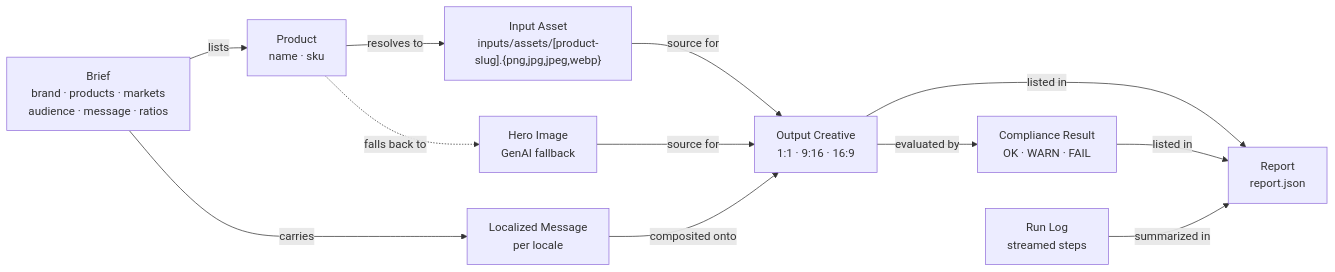
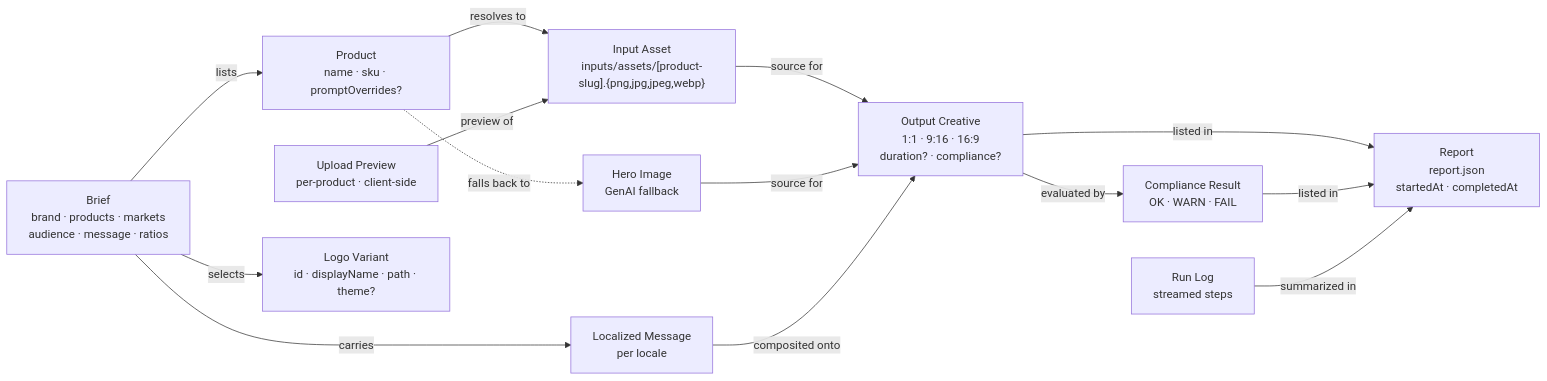
The first of 5 diagrams in docs/system-map.md (arndvs/cast), drawn with Mermaid before and after one commit. The commit also changed other lines of this file and 3 other files, not shown here.

````diff
--- a/docs/system-map.md
+++ b/docs/system-map.md
@@ -11,24 +11,28 @@
 ```mermaid
 graph LR
     Brief["Brief<br/>brand · products · markets<br/>audience · message · ratios"]
-    Product["Product<br/>name · sku"]
+    Product["Product<br/>name · sku · promptOverrides?"]
     InputAsset["Input Asset<br/>inputs/assets/[product-slug].{png,jpg,jpeg,webp}"]
     HeroImage["Hero Image<br/>GenAI fallback"]
-    Creative["Output Creative<br/>1:1 · 9:16 · 16:9"]
+    Creative["Output Creative<br/>1:1 · 9:16 · 16:9<br/>duration? · compliance?"]
     Message["Localized Message<br/>per locale"]
     Compliance["Compliance Result<br/>OK · WARN · FAIL"]
     RunLog["Run Log<br/>streamed steps"]
-    Report["Report<br/>report.json"]
+    Report["Report<br/>report.json<br/>startedAt · completedAt"]
+    Upload["Upload Preview<br/>per-product · client-side"]
+    LogoVariant["Logo Variant<br/>id · displayName · path · theme?"]
 
     Brief -->|lists| Product
     Brief -->|carries| Message
+    Brief -->|selects| LogoVariant
     Product -->|resolves to| InputAsset
     Product -.->|falls back to| HeroImage
     InputAsset -->|source for| Creative
     HeroImage -->|source for| Creative
     Message -->|composited onto| Creative
     Creative -->|evaluated by| Compliance
     Creative -->|listed in| Report
     Compliance -->|listed in| Report
     RunLog -->|summarized in| Report
+    Upload -->|preview of| InputAsset
 ```
````
